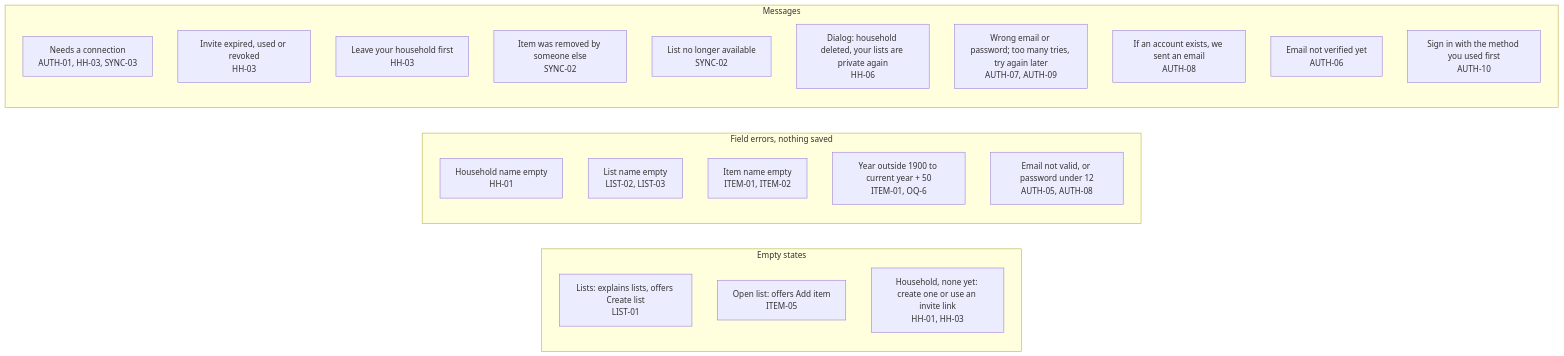
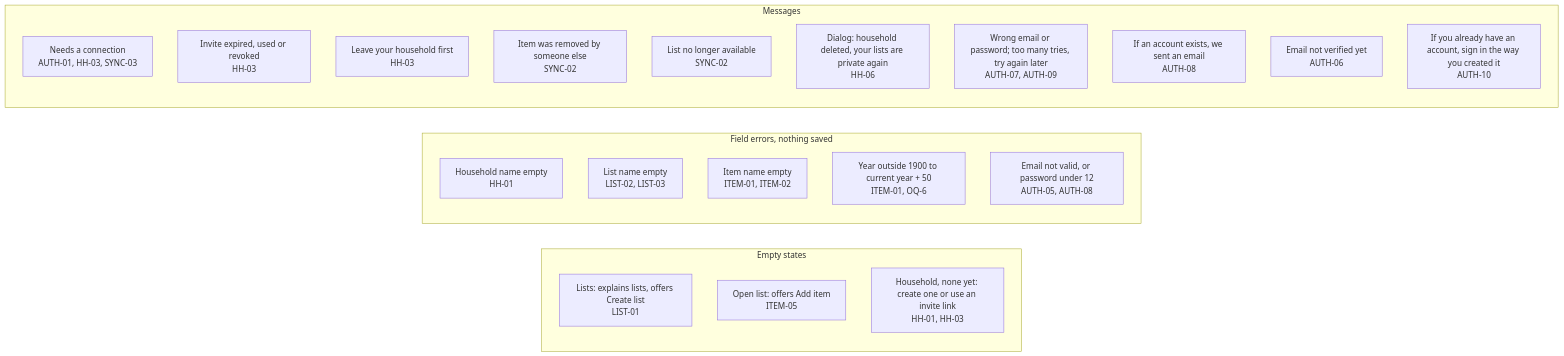
One commit to bondo/listicles2 changed diagram 11 of 11 in docs/product/flow.md. Above: the diagram before and after it, drawn with Mermaid. The commit also changed other lines of this file and 1 other file, not shown here.

````diff
--- a/docs/product/flow.md
+++ b/docs/product/flow.md
@@ -272,27 +274,27 @@
 ```mermaid
 flowchart LR
     subgraph empty ["Empty states"]
         e1["Lists: explains lists, offers Create list<br>LIST-01"]
         e2["Open list: offers Add item<br>ITEM-05"]
         e3["Household, none yet: create one or use an invite link<br>HH-01, HH-03"]
     end
     subgraph field ["Field errors, nothing saved"]
         f1["Household name empty<br>HH-01"]
         f2["List name empty<br>LIST-02, LIST-03"]
         f3["Item name empty<br>ITEM-01, ITEM-02"]
         f4["Year outside 1900 to current year + 50<br>ITEM-01, OQ-6"]
         f5["Email not valid, or password under 12<br>AUTH-05, AUTH-08"]
     end
     subgraph msg ["Messages"]
         m1["Needs a connection<br>AUTH-01, HH-03, SYNC-03"]
         m2["Invite expired, used or revoked<br>HH-03"]
         m3["Leave your household first<br>HH-03"]
         m4["Item was removed by someone else<br>SYNC-02"]
         m5["List no longer available<br>SYNC-02"]
         m6["Dialog: household deleted, your lists are private again<br>HH-06"]
         m7["Wrong email or password; too many tries, try again later<br>AUTH-07, AUTH-09"]
         m8["If an account exists, we sent an email<br>AUTH-08"]
         m9["Email not verified yet<br>AUTH-06"]
-        m10["Sign in with the method you used first<br>AUTH-10"]
+        m10["If you already have an account, sign in the way you created it<br>AUTH-10"]
     end
 ```
````
